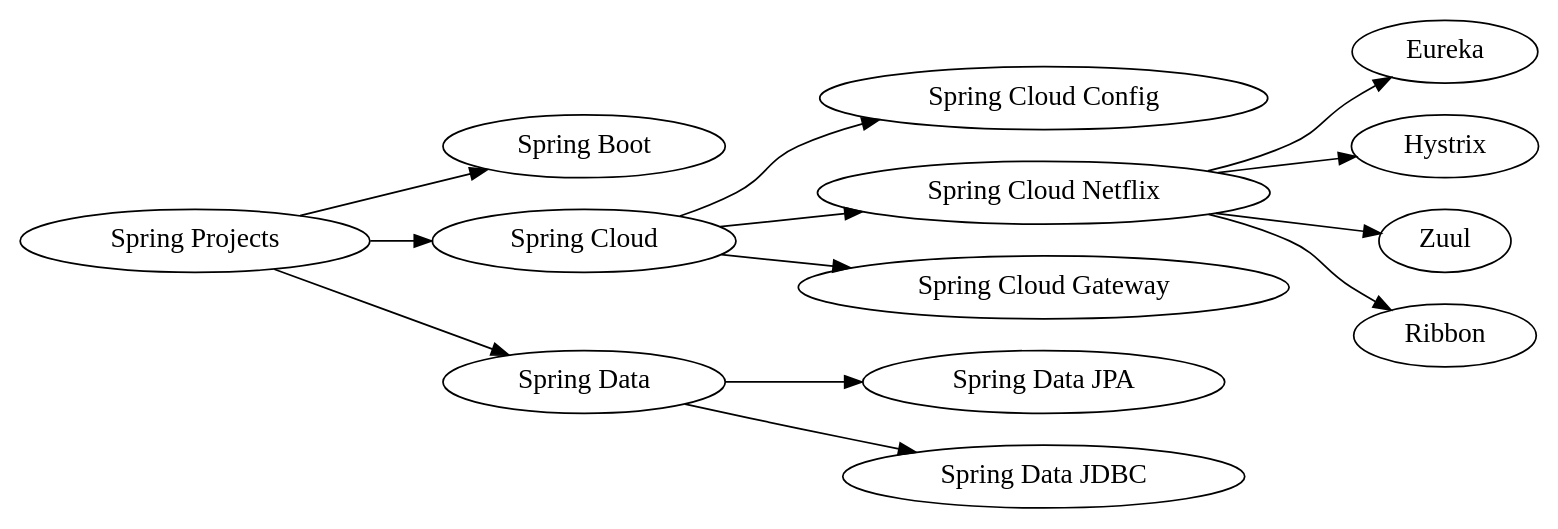
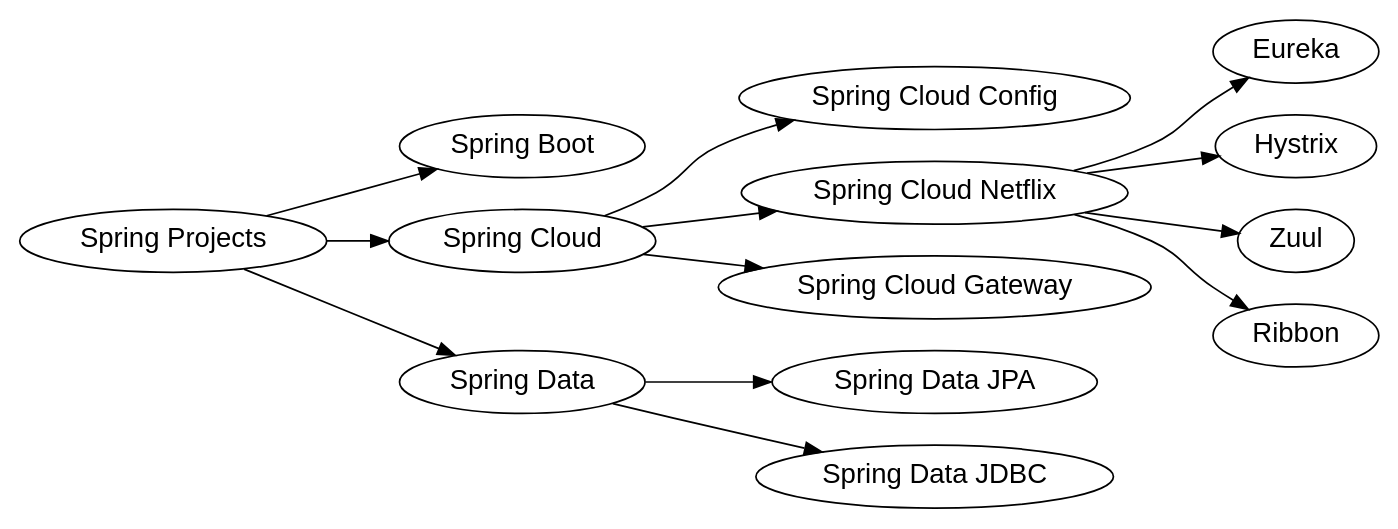
Before and after one commit to Jeanhwea/jeanhwea.github.io: the diagram in static/image/2019/07/spring-projects.dot, drawn with Graphviz. The commit also changed 1 other file, not shown here.

```diff
--- a/static/image/2019/07/spring-projects.dot
+++ b/static/image/2019/07/spring-projects.dot
@@ -1,43 +1,47 @@
 digraph springProjects {
   rankdir=LR;
-  node [shape=ellipse, fontsize=16];
+  node [
+   shape=ellipse;
+   fontname="Arial";
+   fontsize=16
+  ];
 
   spring [label="Spring Projects"];
 
   spring_boot [label="Spring Boot"];
   spring_cloud [label="Spring Cloud"];
   spring_data [label="Spring Data"];
   spring -> {
     spring_boot,
     spring_data,
     spring_cloud
   };
 
   sp_jpa [label="Spring Data JPA"];
   sp_jdbc [label="Spring Data JDBC"];
   spring_data -> {
     sp_jdbc,
     sp_jpa
   };
 
   sp_config [label="Spring Cloud Config"];
   sp_netflix [label="Spring Cloud Netflix"];
   sp_gateway [label="Spring Cloud Gateway"];
   spring_cloud -> {
     sp_config,
     sp_gateway,
     sp_netflix
   };
 
   eureka [label="Eureka"];
   hystrix [label="Hystrix"];
   zuul [label="Zuul"];
   ribbon [label="Ribbon"];
 
   sp_netflix -> {
     eureka,
     hystrix,
     zuul,
     ribbon
   };
 }
```
